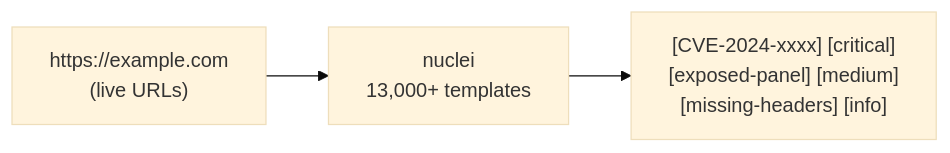
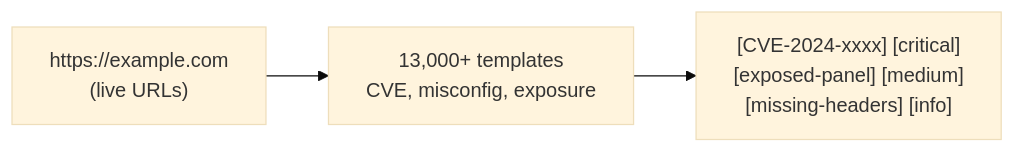
One commit to Linuxhackingid-official/Gorecon changed diagram 13 of 19 in README.md. Above: the diagram before and after it, drawn with Mermaid (base theme). The commit also changed other lines of this file, not shown here.

Commit message:
fix: Layout flowchart TD + subgraph direction LR

````diff
--- a/README.md
+++ b/README.md
@@ -548,5 +548,5 @@
 ```mermaid
 flowchart LR
-    IN["https://example.com<br/>(live URLs)"] --> ENG["nuclei<br/>13,000+ templates"]
+    IN["https://example.com<br/>(live URLs)"] --> ENG["13,000+ templates<br/>CVE, misconfig, exposure"]
     ENG --> OUT["[CVE-2024-xxxx] [critical]<br/>[exposed-panel] [medium]<br/>[missing-headers] [info]"]
 ```
````
